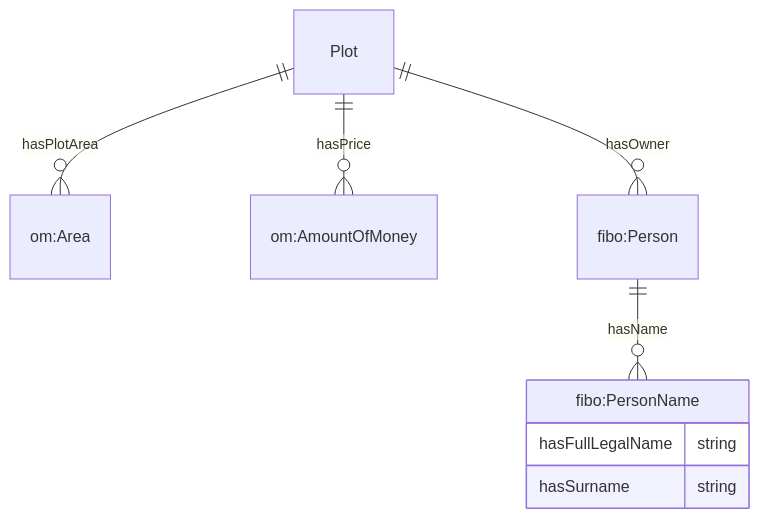
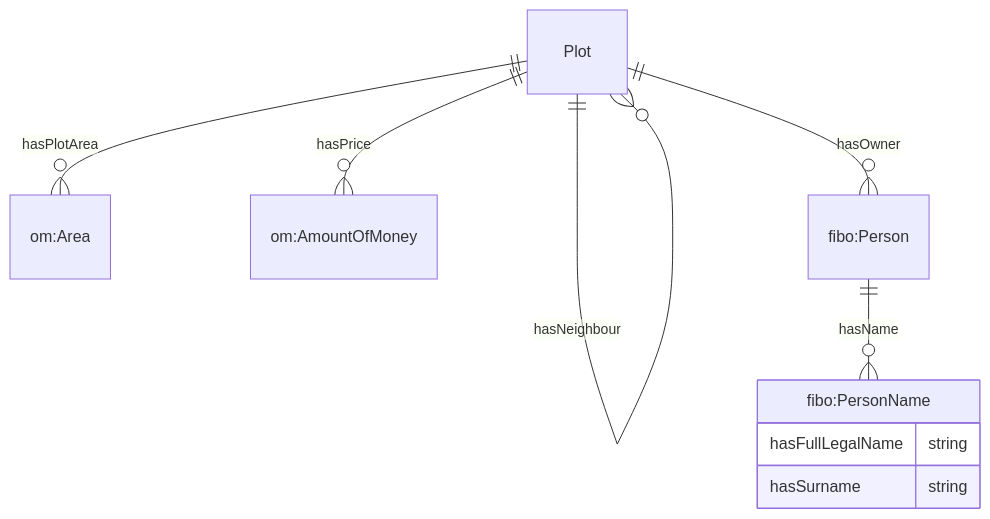
The first of 2 diagrams in JPS_Ontology/ontology/ontoplot/README.MD (cambridge-cares/TheWorldAvatar), drawn with Mermaid before and after one commit. The commit also changed other lines of this file, not shown here.

Commit message:
dev-cities-ontologies: Update readme for Ontoplot to describe the modelling decisions for buildable space and plot concepts

````diff
--- a/JPS_Ontology/ontology/ontoplot/README.MD
+++ b/JPS_Ontology/ontology/ontoplot/README.MD
@@ -6,11 +6,12 @@
 ```mermaid
     erDiagram 
+    "Plot" ||--o{ "Plot" : hasNeighbour
     "Plot" ||--o{ "om:Area" : hasPlotArea
     "Plot" ||--o{ "om:AmountOfMoney" : hasPrice
     "Plot" ||--o{ "fibo:Person" : hasOwner
     "fibo:Person" ||--o{ "fibo:PersonName" : hasName
     "fibo:PersonName" {
         hasFullLegalName string
         hasSurname string
     }
 ```
````
